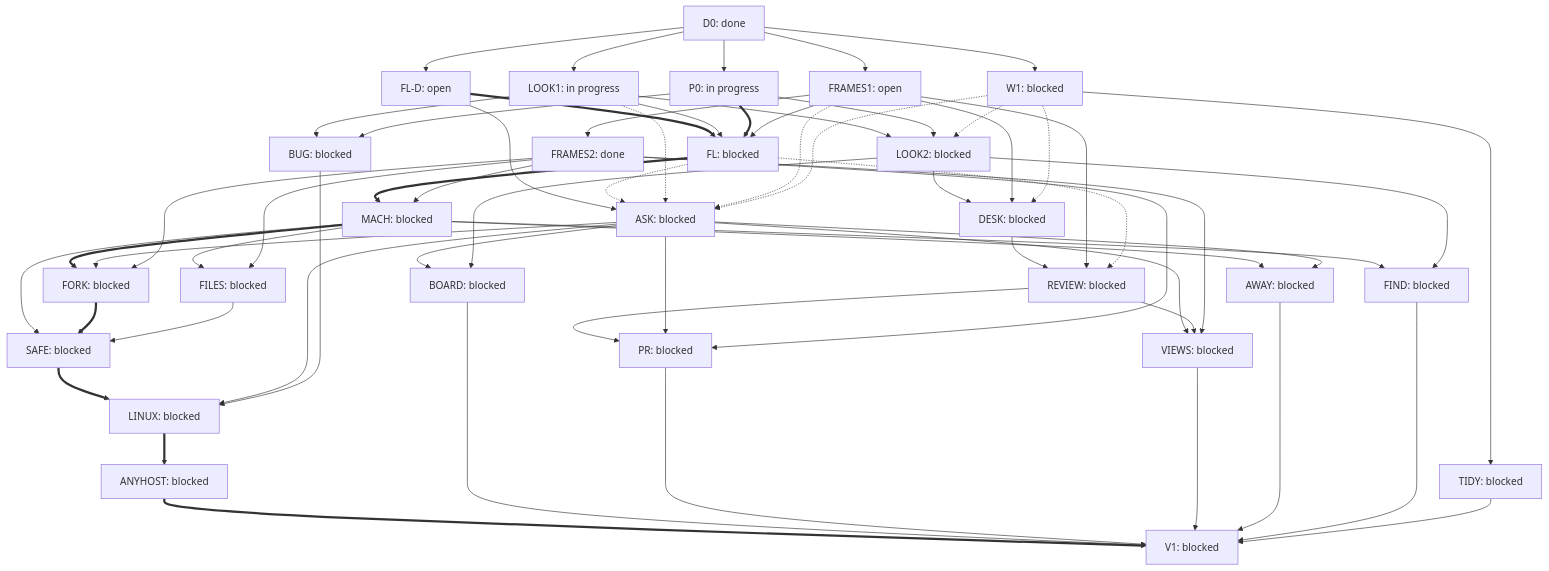
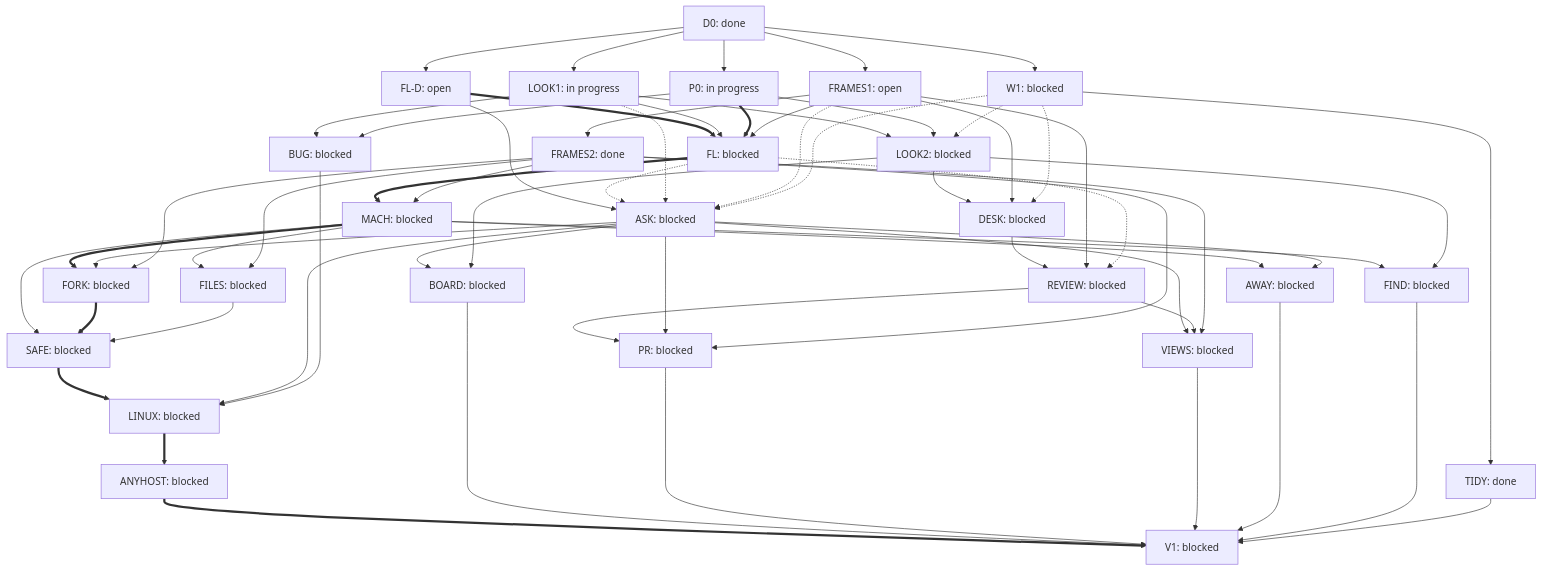
One commit to uhvesta/atmosphere changed the diagram in apps/humata2/workflow/DAG.md. Above: the diagram before and after it, drawn with Mermaid. The commit also changed other lines of this file and 30 other files, not shown here.

```diff
--- a/apps/humata2/workflow/DAG.md
+++ b/apps/humata2/workflow/DAG.md
@@ -103,7 +103,7 @@
   FLD["FL-D: open"]
   FL["FL: blocked"]
   BUG["BUG: blocked"]
-  TIDY["TIDY: blocked"]
+  TIDY["TIDY: done"]
   DESK["DESK: blocked"]
   ASK["ASK: blocked"]
   MACH["MACH: blocked"]
```
